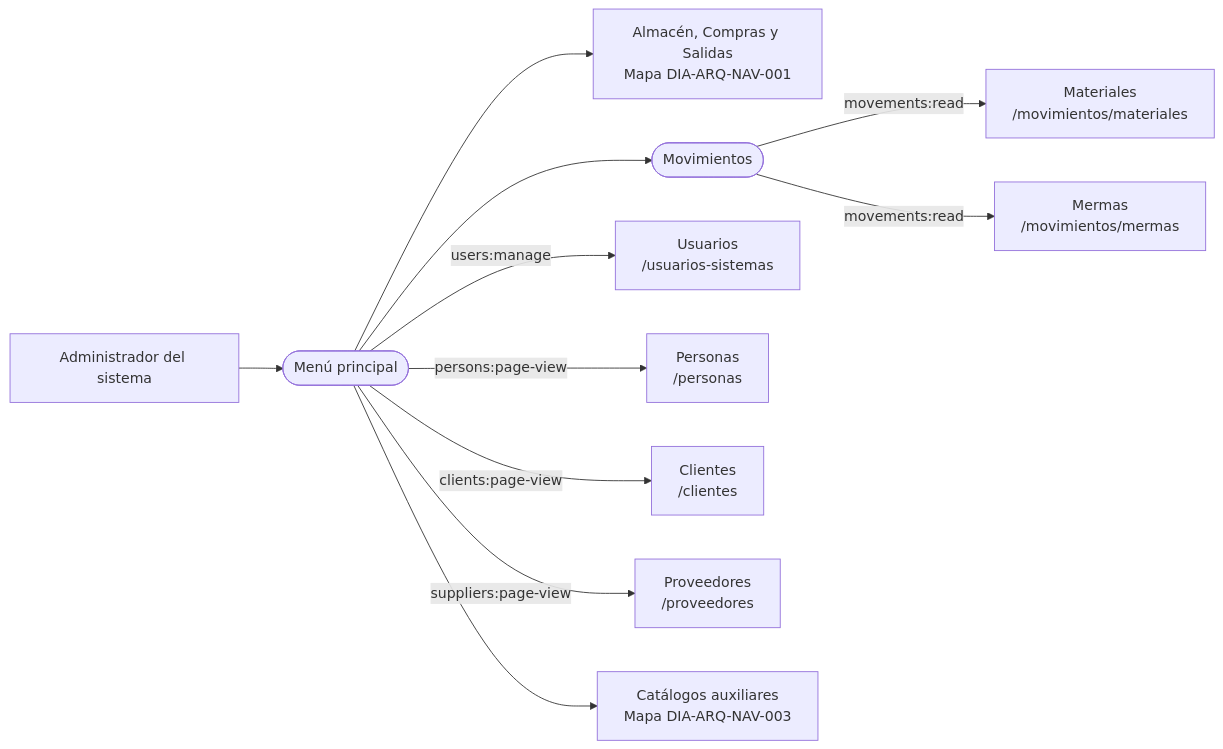
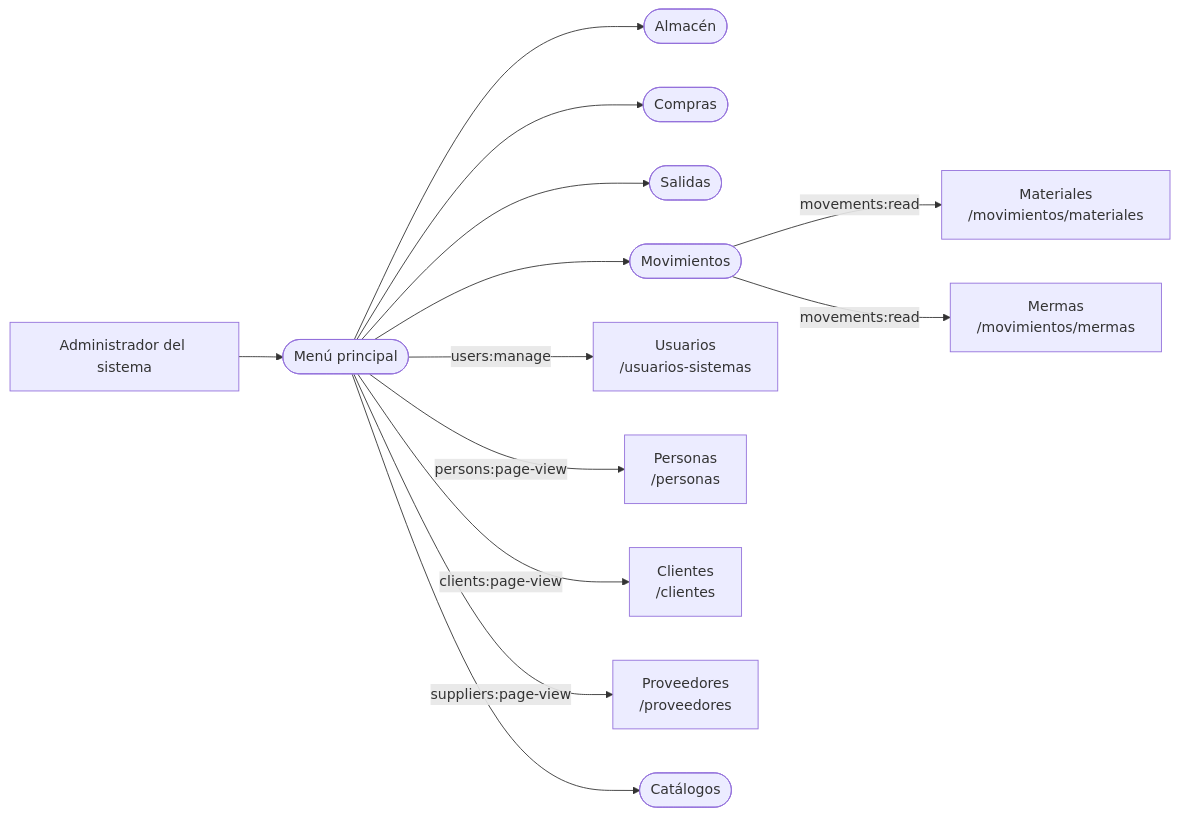
The third of 4 diagrams in docs/architecture/views/scenarios/web-navigation-and-screen-catalog/02-map-visual-of-navigation.md (gpgsistemas01/nexus), drawn with Mermaid before and after one commit. The commit also changed other lines of this file and 3 other files, not shown here.

````diff
--- a/docs/architecture/views/scenarios/web-navigation-and-screen-catalog/02-map-visual-of-navigation.md
+++ b/docs/architecture/views/scenarios/web-navigation-and-screen-catalog/02-map-visual-of-navigation.md
@@ -89,13 +93,15 @@
 ```mermaid
 flowchart LR
     actor["Administrador del sistema"] --> menu(["Menú principal"])
-    menu --> shared["Almacén, Compras y Salidas<br/>Mapa DIA-ARQ-NAV-001"]
+    menu --> warehouse(["Almacén"])
+    menu --> purchases(["Compras"])
+    menu --> issues(["Salidas"])
     menu --> movements(["Movimientos"])
     movements -->|"movements:read"| materialMovements["Materiales<br/>/movimientos/materiales"]
     movements -->|"movements:read"| wasteMovements["Mermas<br/>/movimientos/mermas"]
     menu -->|"users:manage"| users["Usuarios<br/>/usuarios-sistemas"]
     menu -->|"persons:page-view"| persons["Personas<br/>/personas"]
     menu -->|"clients:page-view"| clients["Clientes<br/>/clientes"]
     menu -->|"suppliers:page-view"| suppliers["Proveedores<br/>/proveedores"]
-    menu --> catalogs["Catálogos auxiliares<br/>Mapa DIA-ARQ-NAV-003"]
+    menu --> catalogs(["Catálogos"])
 ```
````
